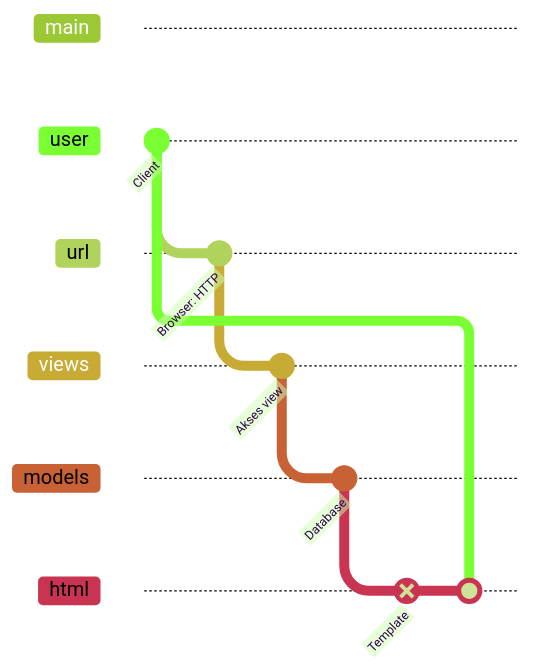
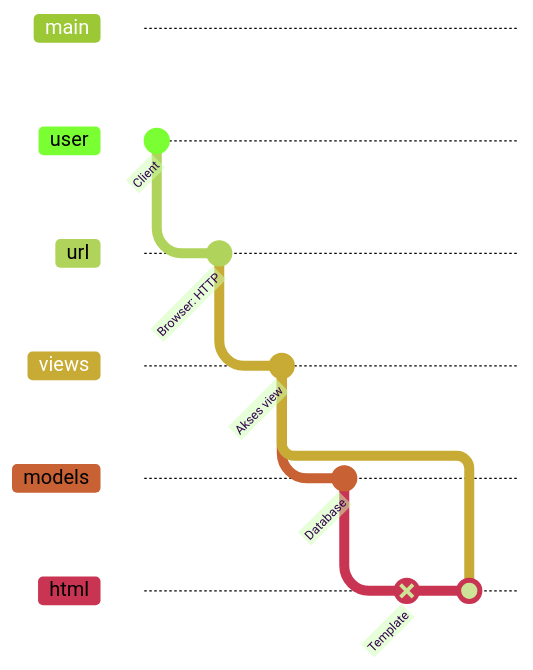
The diagram in README.md (codeynamic5/e-commerce), drawn with Mermaid (forest theme) before and after one commit.

````diff
--- a/README.md
+++ b/README.md
@@ -118,20 +118,20 @@
    ```mermaid 
    gitGraph
         branch user
         checkout user
         commit id: "Client"
         branch url
         checkout url
         commit id: "Browser: HTTP"
         branch views
         checkout views
         commit id: "Akses view"
         branch models
         checkout models
         commit id: "Database"
         branch html
         checkout html
         commit id: "Template" type: REVERSE
-        merge user
-        checkout user
+        merge views
+        checkout views
    ```
````
